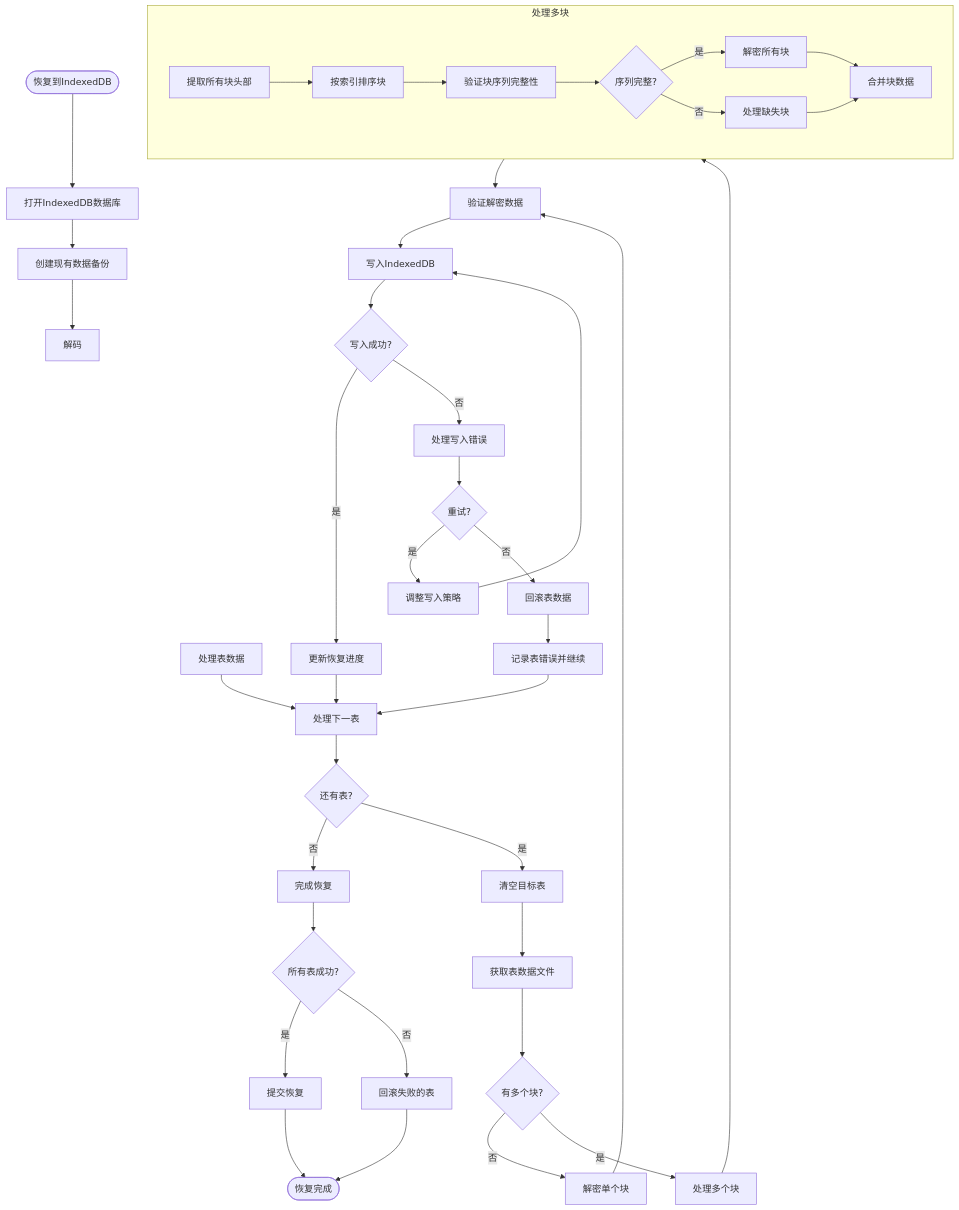
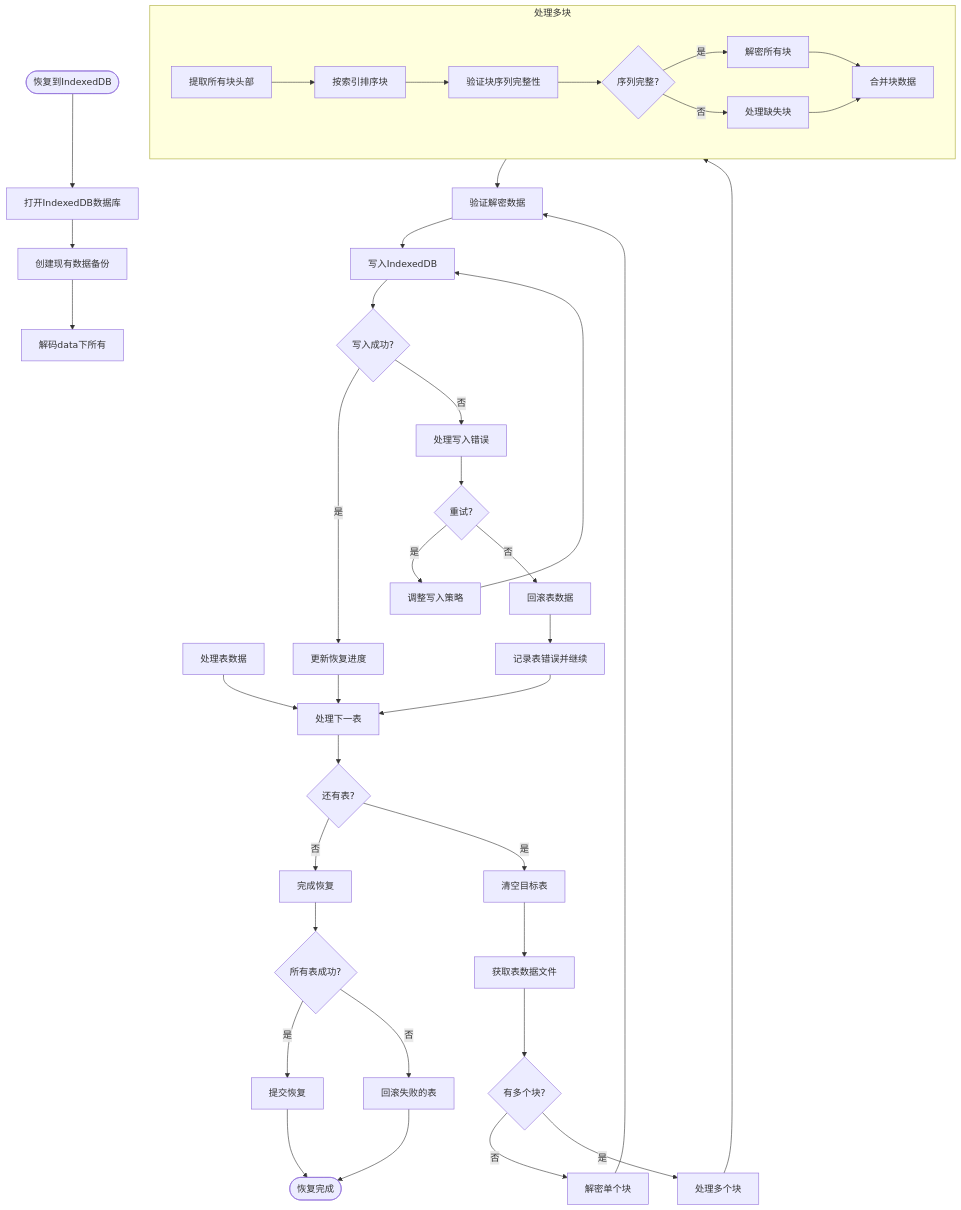
Before and after one commit to yingjianzh/iodraw-files: the diagram in all/未命名-52.md, drawn with Mermaid.

Commit message:
2025-05-09 18:28:39 update

````diff
--- a/all/未命名-52.md
+++ b/all/未命名-52.md
@@ -1,56 +1,56 @@
 ```mermaid
 flowchart TD
     Start([恢复到IndexedDB]) --> OpenDB[打开IndexedDB数据库]
     OpenDB --> CreateBackup[创建现有数据备份]
-    CreateBackup --> ProcessCanvas[解码]
+    CreateBackup --> ProcessCanvas[解码data下所有]
     ProcessTables[处理表数据]
     
     ProcessTables --> ProcessNextTable[处理下一表]
     ProcessNextTable --> MoreTables{还有表?}
     MoreTables -->|否| FinalizeRestore[完成恢复]
     MoreTables -->|是| ClearTable[清空目标表]
     
     ClearTable --> GetTableData[获取表数据文件]
     GetTableData --> TableHasMultipleBlocks{有多个块?}
     
     TableHasMultipleBlocks -->|否| DecryptSingleBlock[解密单个块]
     TableHasMultipleBlocks -->|是| ProcessMultipleBlocks[处理多个块]
     
     subgraph MultiBlockProcess [处理多块]
         MB1[提取所有块头部] --> MB2[按索引排序块]
         MB2 --> MB3[验证块序列完整性]
         MB3 --> MB4{序列完整?}
         MB4 -->|否| MB5[处理缺失块]
         MB4 -->|是| MB6[解密所有块]
         MB6 --> MB7[合并块数据]
         MB5 --> MB7
     end
     
     ProcessMultipleBlocks --> MultiBlockProcess
     
     DecryptSingleBlock --> ValidateData[验证解密数据]
     MultiBlockProcess --> ValidateData
     
     ValidateData --> WriteToIndexedDB[写入IndexedDB]
     WriteToIndexedDB --> ValidationSuccess{写入成功?}
     
     ValidationSuccess -->|是| UpdateProgress[更新恢复进度]
     ValidationSuccess -->|否| HandleWriteError[处理写入错误]
     
     HandleWriteError --> RetryWrite{重试?}
     RetryWrite -->|是| AdjustWriteStrategy[调整写入策略]
     RetryWrite -->|否| RollbackTable[回滚表数据]
     
     AdjustWriteStrategy --> WriteToIndexedDB
     RollbackTable --> LogTableError[记录表错误并继续]
     
     UpdateProgress --> ProcessNextTable
     LogTableError --> ProcessNextTable
     
     FinalizeRestore --> AllTablesSuccess{所有表成功?}
     AllTablesSuccess -->|是| CommitRestore[提交恢复]
     AllTablesSuccess -->|否| RollbackFailed[回滚失败的表]
     
     CommitRestore --> End([恢复完成])
     RollbackFailed --> End
 ```
````
